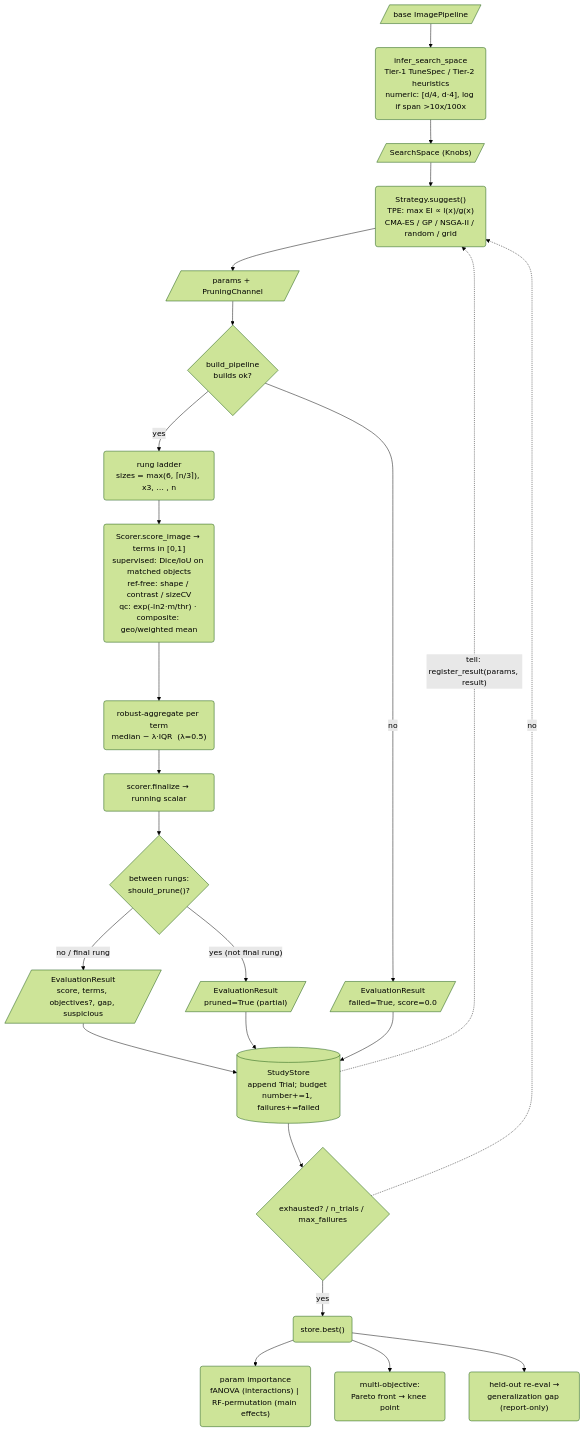
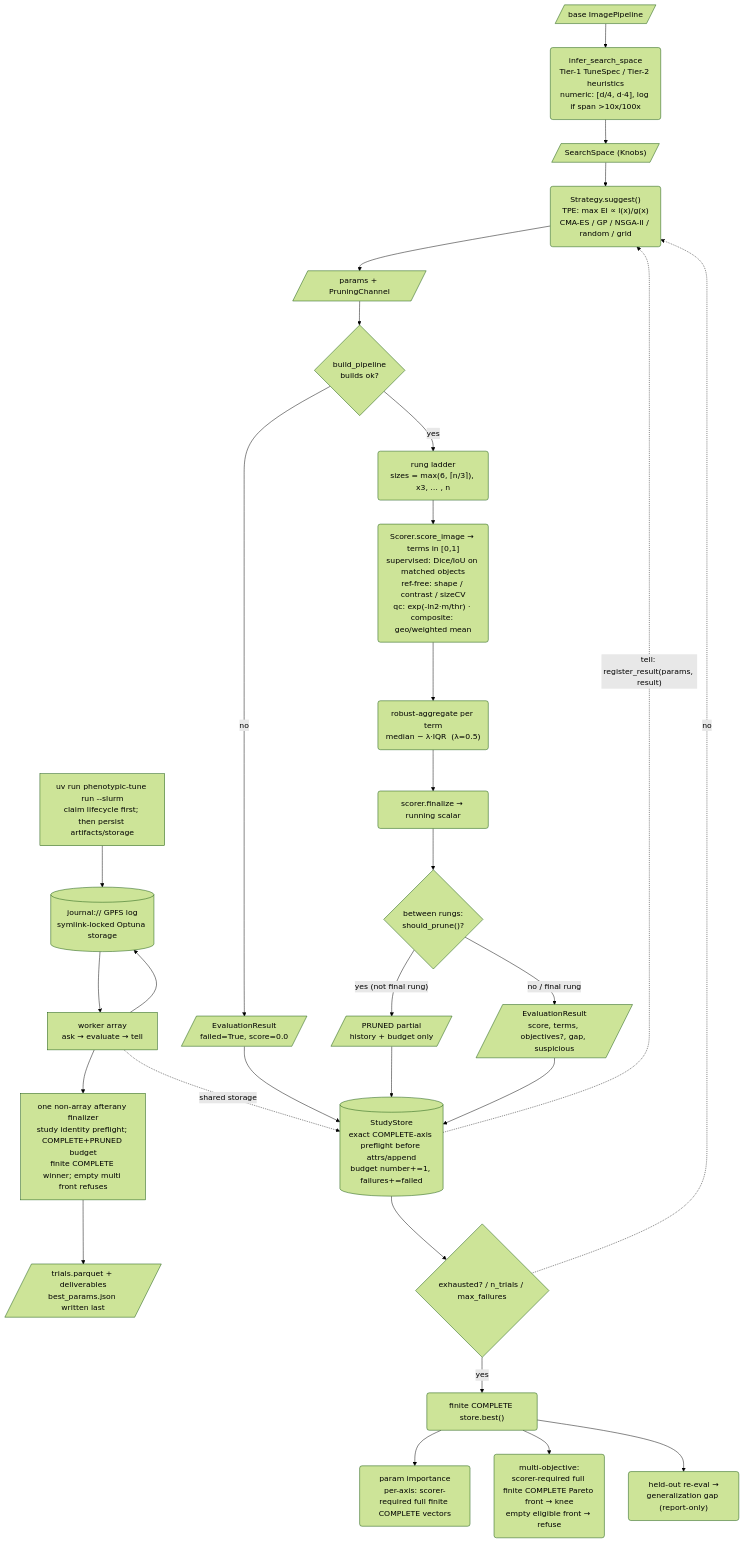
One commit to exfab/PhenoTypic changed the diagram in docs/superpowers/explain/phenotypic_tune_dataflow.mermaid. Above: the diagram before and after it, drawn with Mermaid (forest theme). The commit also changed 20 other files, not shown here.

Commit message:
docs(tune): document standalone journal workflow

```diff
--- a/docs/superpowers/explain/phenotypic_tune_dataflow.mermaid
+++ b/docs/superpowers/explain/phenotypic_tune_dataflow.mermaid
@@ -1,45 +1,57 @@
 flowchart TD
     %% ---- one-time setup ----
     PIPE[/"base ImagePipeline"/]
     INFER("infer_search_space<br/>Tier-1 TuneSpec / Tier-2 heuristics<br/>numeric: [d/4, d·4], log if span &gt;10x/100x")
     SPACE[/"SearchSpace (Knobs)"/]
     PIPE --> INFER --> SPACE
+
+    %% ---- distributed ownership ----
+    SUBMIT["uv run phenotypic-tune run --slurm\nclaim lifecycle first; then persist artifacts/storage"]
+    JOURNAL[("journal:// GPFS log\nsymlink-locked Optuna storage")]
+    ARRAY["worker array\nask → evaluate → tell"]
+    FINALIZER["one non-array afterany finalizer\nstudy identity preflight; COMPLETE+PRUNED budget\nfinite COMPLETE winner; empty multi front refuses"]
+    PUBLISH[/"trials.parquet + deliverables\nbest_params.json written last"/]
+    SUBMIT --> JOURNAL --> ARRAY
+    ARRAY --> JOURNAL
+    ARRAY --> FINALIZER --> PUBLISH
 
     %% ---- ask-and-tell loop ----
     SPACE --> STRAT
     STRAT("Strategy.suggest()<br/>TPE: max EI ∝ l(x)/g(x)<br/>CMA-ES / GP / NSGA-II / random / grid")
     PARAMS[/"params + PruningChannel"/]
     STRAT --> PARAMS
 
     PARAMS --> BUILD{"build_pipeline<br/>builds ok?"}
     BUILD -- no --> FAIL[/"EvaluationResult<br/>failed=True, score=0.0"/]
     BUILD -- yes --> RUNG
 
     RUNG("rung ladder<br/>sizes = max(6, ⌈n/3⌉), x3, … , n")
     SCORE("Scorer.score_image → terms in [0,1]<br/>supervised: Dice/IoU on matched objects<br/>ref-free: shape / contrast / sizeCV<br/>qc: exp(-ln2·m/thr) · composite: geo/weighted mean")
     AGG("robust-aggregate per term<br/>median − λ·IQR  (λ=0.5)")
     FINAL("scorer.finalize → running scalar")
     PRUNE{"between rungs:<br/>should_prune()?"}
 
     RUNG --> SCORE --> AGG --> FINAL --> PRUNE
-    PRUNE -- "yes (not final rung)" --> PARTIAL[/"EvaluationResult<br/>pruned=True (partial)"/]
+    PRUNE -- "yes (not final rung)" --> PARTIAL[/"PRUNED partial<br/>history + budget only"/]
     PRUNE -- "no / final rung" --> RESULT[/"EvaluationResult<br/>score, terms, objectives?, gap, suspicious"/]
 
     RESULT --> STORE
     PARTIAL --> STORE
     FAIL --> STORE
-    STORE[("StudyStore<br/>append Trial; budget number+=1, failures+=failed")]
+    STORE[("StudyStore<br/>exact COMPLETE-axis preflight before attrs/append<br/>budget number+=1, failures+=failed")]
+
+    ARRAY -. shared storage .-> STORE
 
     STORE -. "tell: register_result(params, result)" .-> STRAT
     STORE --> EXH{"exhausted? / n_trials / max_failures"}
     EXH -. "no" .-> STRAT
     EXH -- yes --> BEST
 
     %% ---- one-time finalize ----
-    BEST("store.best()")
-    IMP("param importance<br/>fANOVA (interactions) | RF-permutation (main effects)")
-    PARETO("multi-objective:<br/>Pareto front → knee point")
+    BEST("finite COMPLETE store.best()")
+    IMP("param importance<br/>per-axis: scorer-required full finite COMPLETE vectors")
+    PARETO("multi-objective:<br/>scorer-required full finite COMPLETE Pareto front → knee<br/>empty eligible front → refuse")
     GEN("held-out re-eval →<br/>generalization gap (report-only)")
     BEST --> IMP
     BEST --> PARETO
     BEST --> GEN
```
